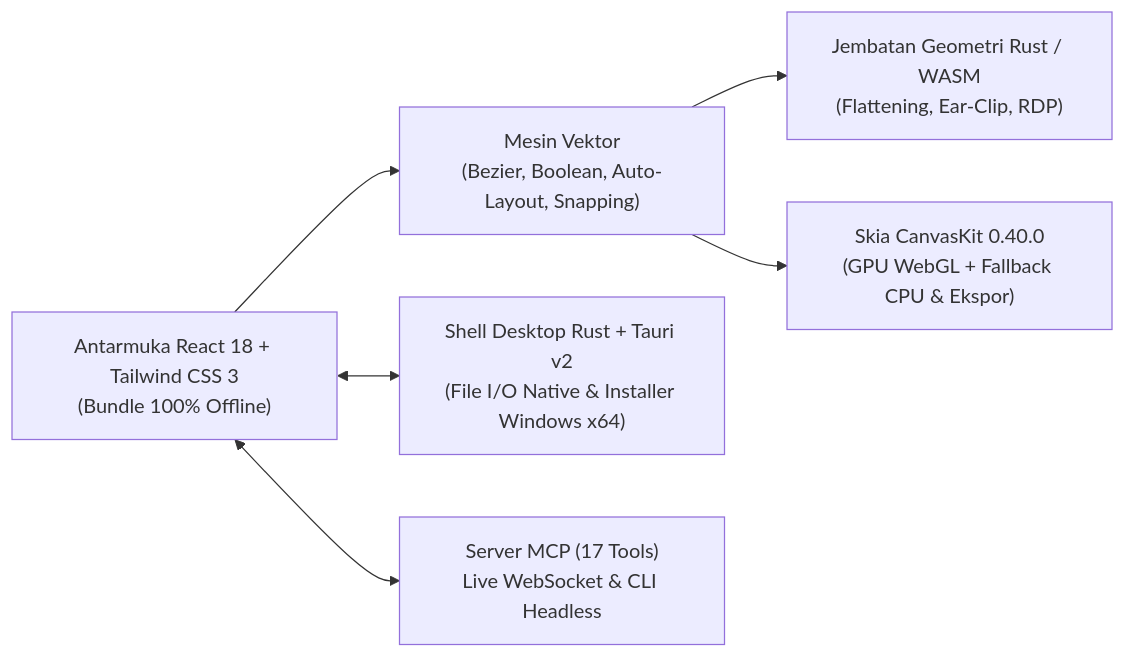
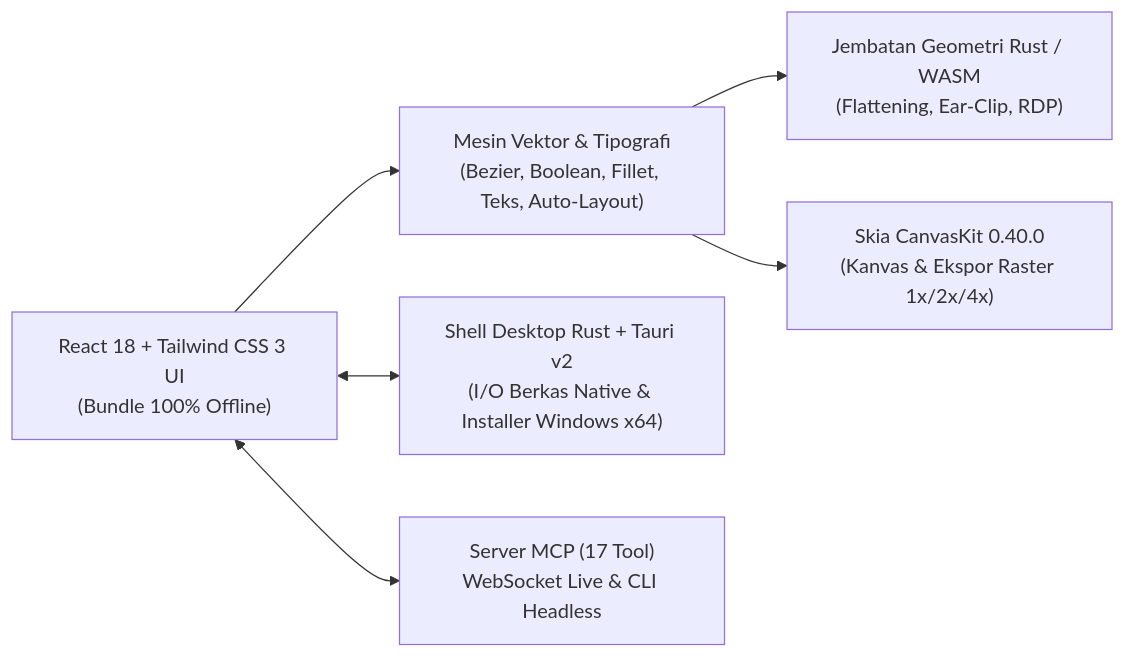
Before and after one commit to zypherianastrid/Geovanta: the diagram in README.id.md, drawn with Mermaid. The commit also changed other lines of this file and 2 other files, not shown here.

````diff
--- a/README.id.md
+++ b/README.id.md
@@ -195,8 +254,8 @@
 ```mermaid
 flowchart LR
-  UI["Antarmuka React 18 + Tailwind CSS 3\n(Bundle 100% Offline)"] --> Engine["Mesin Vektor\n(Bezier, Boolean, Auto-Layout, Snapping)"]
+  UI["React 18 + Tailwind CSS 3 UI\n(Bundle 100% Offline)"] --> Engine["Mesin Vektor & Tipografi\n(Bezier, Boolean, Fillet, Teks, Auto-Layout)"]
   Engine --> WASM["Jembatan Geometri Rust / WASM\n(Flattening, Ear-Clip, RDP)"]
-  Engine --> Skia["Skia CanvasKit 0.40.0\n(GPU WebGL + Fallback CPU & Ekspor)"]
-  UI <--> Tauri["Shell Desktop Rust + Tauri v2\n(File I/O Native & Installer Windows x64)"]
-  UI <--> MCP["Server MCP (17 Tools)\nLive WebSocket & CLI Headless"]
+  Engine --> Skia["Skia CanvasKit 0.40.0\n(Kanvas & Ekspor Raster 1x/2x/4x)"]
+  UI <--> Tauri["Shell Desktop Rust + Tauri v2\n(I/O Berkas Native & Installer Windows x64)"]
+  UI <--> MCP["Server MCP (17 Tool)\nWebSocket Live & CLI Headless"]
 ```
````
